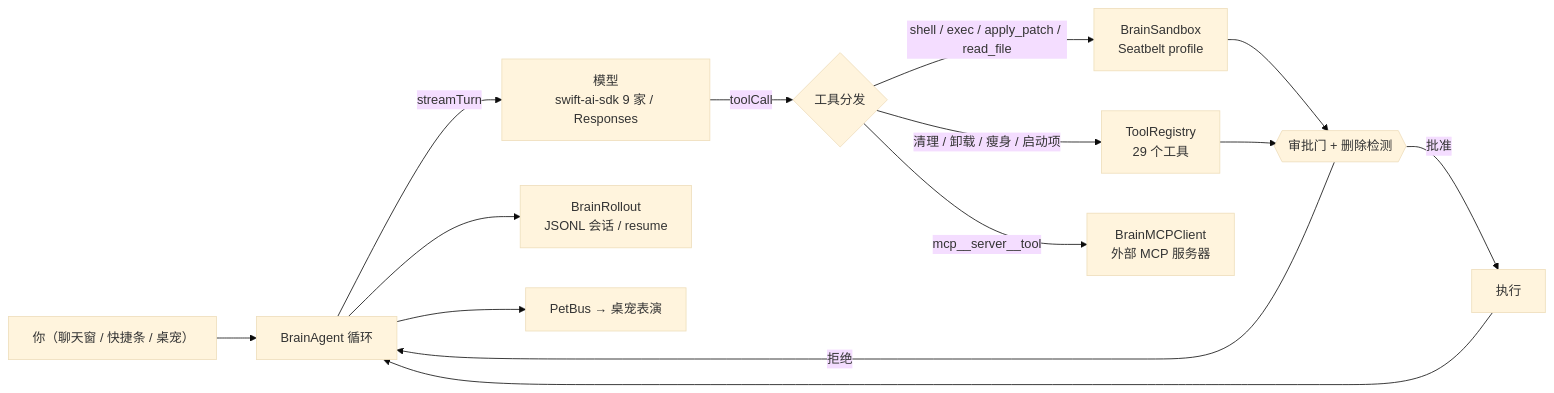
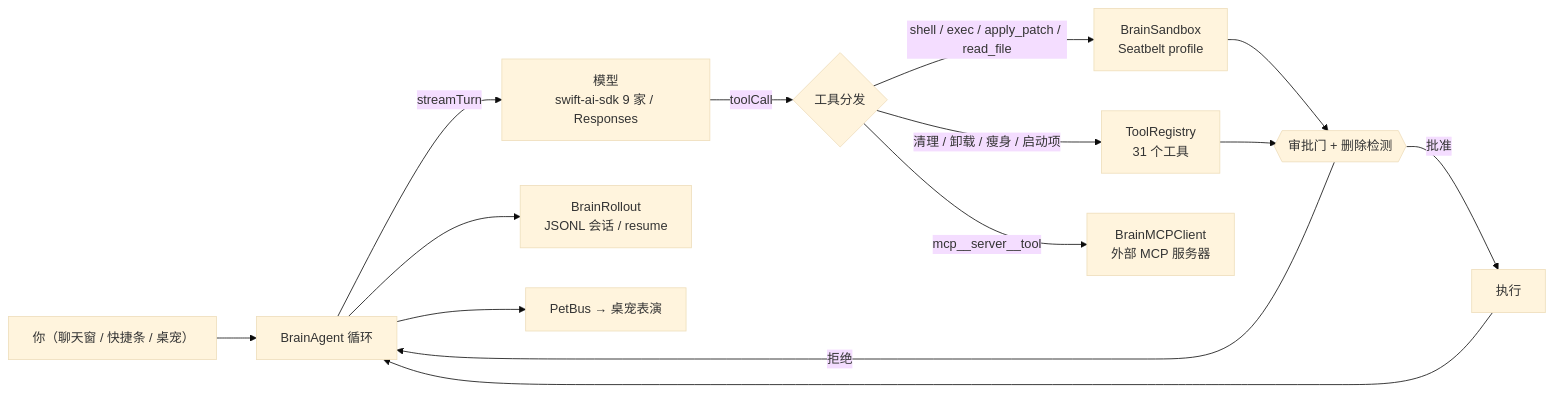
One commit to xsean2020/Moppet changed the diagram in README.md. Above: the diagram before and after it, drawn with Mermaid (base theme). The commit also changed other lines of this file and 26 other files, not shown here.

````diff
--- a/README.md
+++ b/README.md
@@ -226,16 +227,16 @@
 ```mermaid
 flowchart LR
     U["你（聊天窗 / 快捷条 / 桌宠）"] --> A[BrainAgent 循环]
     A -->|streamTurn| M["模型<br/>swift-ai-sdk 9 家 / Responses"]
     M -->|toolCall| D{工具分发}
     D -->|"shell / exec / apply_patch / read_file"| S["BrainSandbox<br/>Seatbelt profile"]
-    D -->|"清理 / 卸载 / 瘦身 / 启动项"| T["ToolRegistry<br/>29 个工具"]
+    D -->|"清理 / 卸载 / 瘦身 / 启动项"| T["ToolRegistry<br/>31 个工具"]
     D -->|"mcp__server__tool"| C["BrainMCPClient<br/>外部 MCP 服务器"]
     S --> G{{审批门 + 删除检测}}
     T --> G
     G -->|批准| X["执行"]
     G -->|拒绝| A
     X --> A
     A --> R["BrainRollout<br/>JSONL 会话 / resume"]
     A --> P["PetBus → 桌宠表演"]
 ```
````
